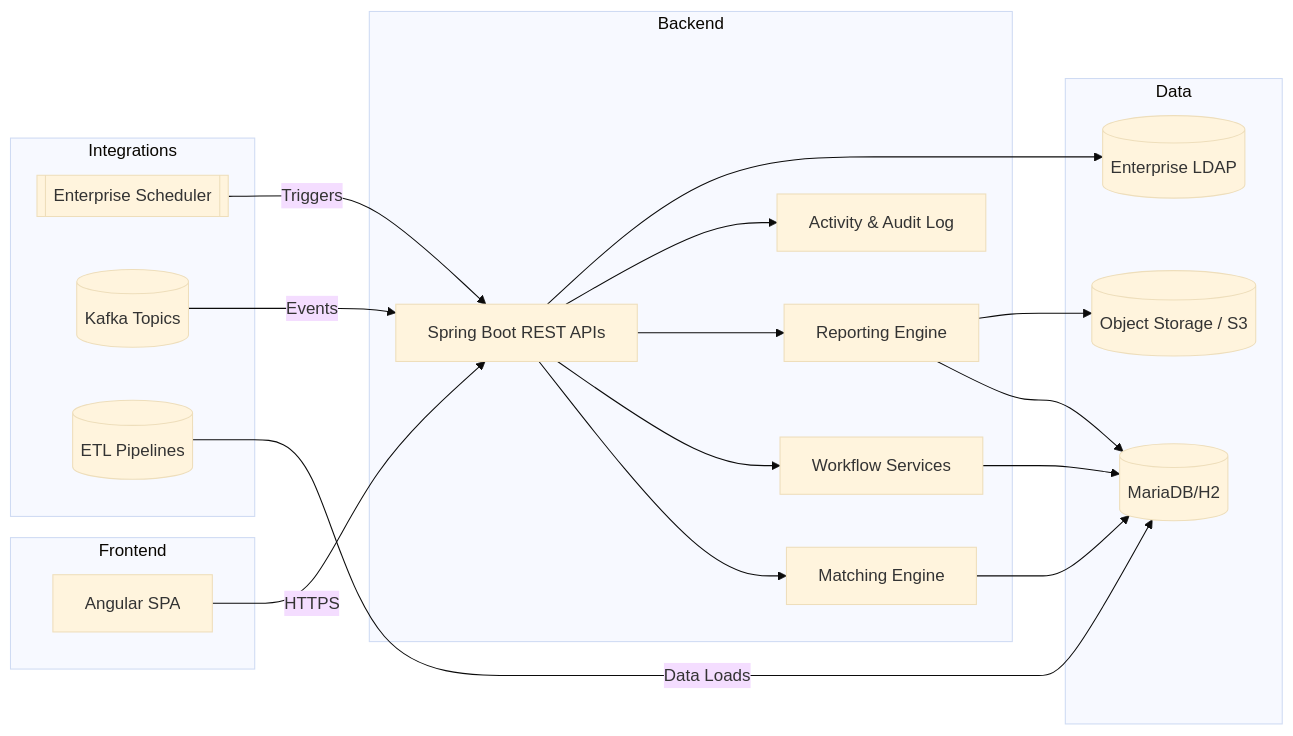
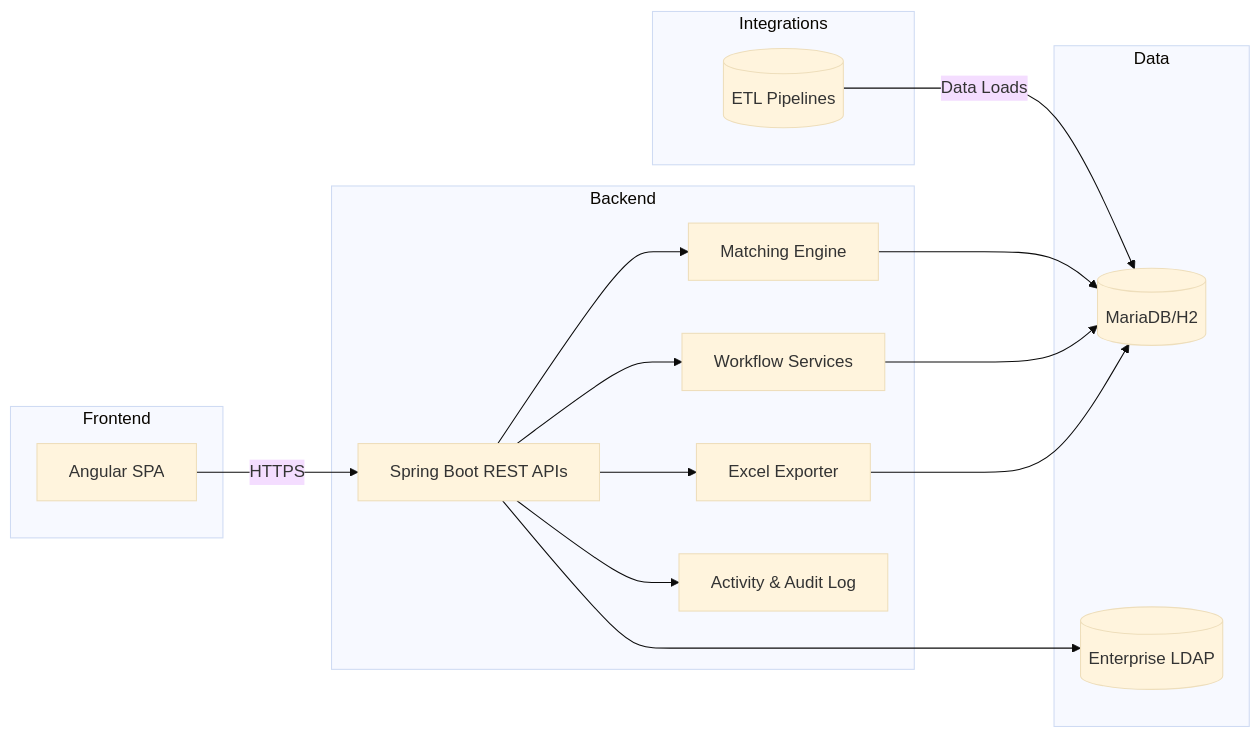
One commit to kleash/recon-platform changed the first of 5 diagrams in docs/wiki/developer-guide.md. Above: the diagram before and after it, drawn with Mermaid (base theme). The commit also changed other lines of this file, not shown here.

Commit message:
docs: expand developer guide with schema and API details

````diff
--- a/docs/wiki/developer-guide.md
+++ b/docs/wiki/developer-guide.md
@@ -13,37 +13,31 @@
 ```mermaid
 graph LR
   subgraph Frontend
     UI[Angular SPA]
   end
   subgraph Backend
     API[Spring Boot REST APIs]
     Engine[Matching Engine]
     Workflow[Workflow Services]
-    Reports[Reporting Engine]
+    Exports[Excel Exporter]
     Activity[Activity & Audit Log]
   end
   subgraph Data
     DB[(MariaDB/H2)]
-    Storage[(Object Storage / S3)]
     LDAP[(Enterprise LDAP)]
   end
   subgraph Integrations
-    Scheduler[[Enterprise Scheduler]]
-    Kafka[(Kafka Topics)]
     Upstream[(ETL Pipelines)]
   end
 
   UI -->|HTTPS| API
   API --> Engine
   API --> Workflow
-  API --> Reports
+  API --> Exports
   API --> Activity
   Engine --> DB
   Workflow --> DB
-  Reports --> DB
-  Reports --> Storage
+  Exports --> DB
   API --> LDAP
-  Scheduler -->|Triggers| API
-  Kafka -->|Events| API
   Upstream -->|Data Loads| DB
 ```
````
